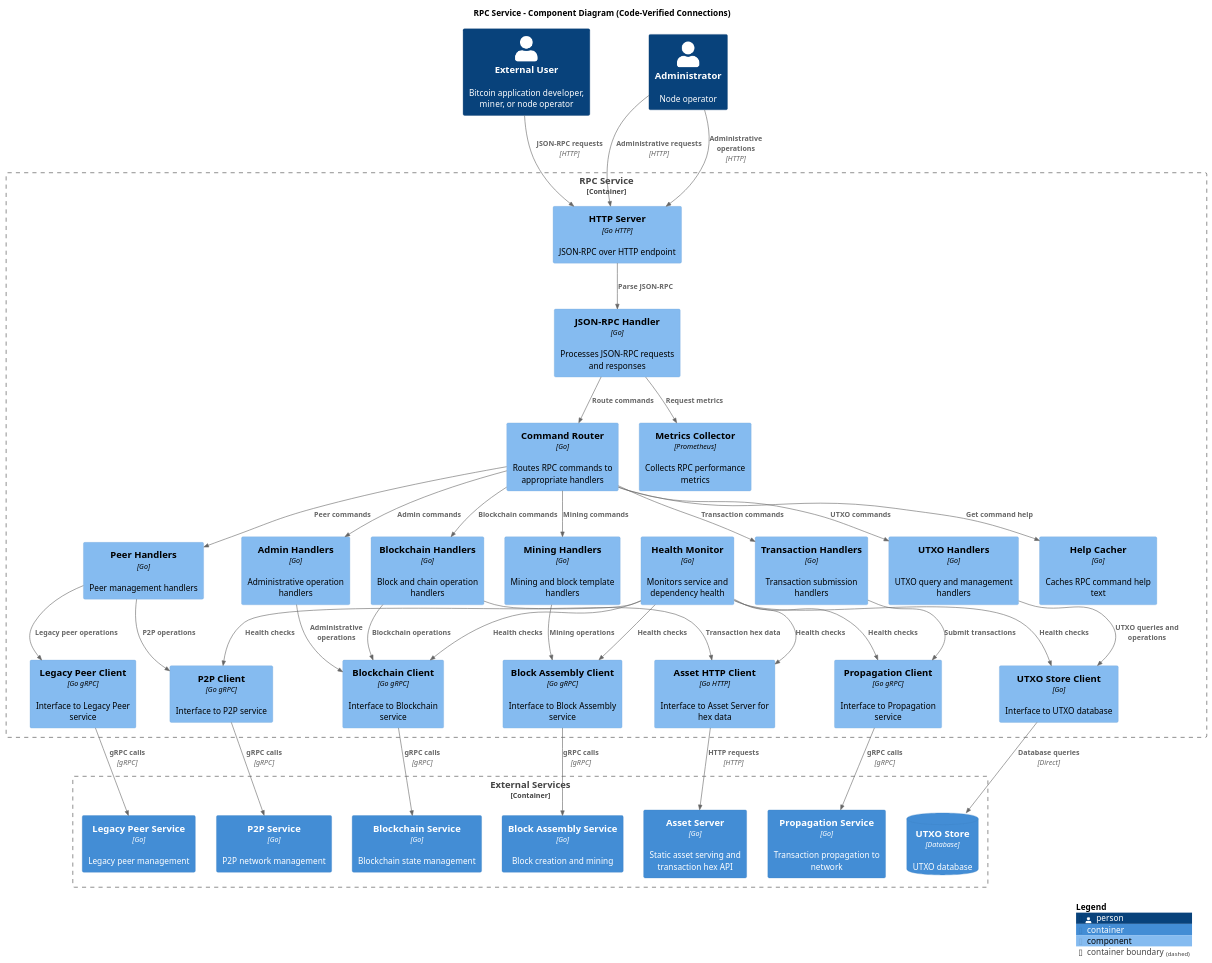
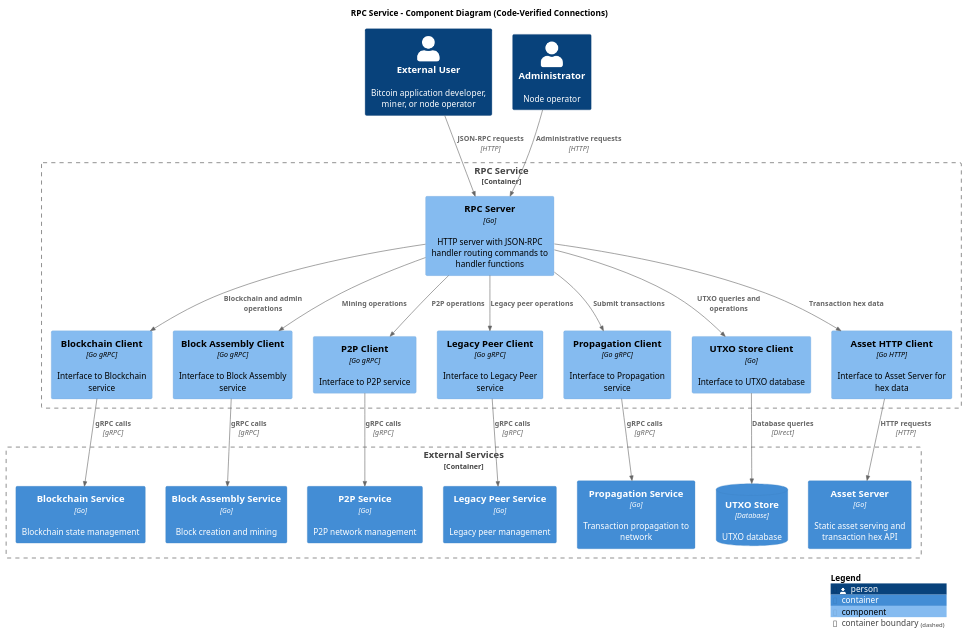
One commit to icellan/teranode changed the diagram in topics/services/img/plantuml/rpc/rpc_detailed_component.puml. Above: the diagram before and after it, drawn with PlantUML. The commit also changed 169 other files, not shown here.

```diff
--- a/topics/services/img/plantuml/rpc/rpc_detailed_component.puml
+++ b/topics/services/img/plantuml/rpc/rpc_detailed_component.puml
@@ -23,153 +23,90 @@
 @startuml RPC_Component
 
 !include https://raw.githubusercontent.com/plantuml-stdlib/C4-PlantUML/master/C4_Component.puml
 
 title RPC Service - Component Diagram (Code-Verified Connections)
 
 Container_Boundary(rpc_service, "RPC Service") {
 
-Component(http_server, "HTTP Server", "Go HTTP", "JSON-RPC over HTTP endpoint")
-
-Component(json_rpc_handler, "JSON-RPC Handler", "Go", "Processes JSON-RPC requests and responses")
-
-Component(command_router, "Command Router", "Go", "Routes RPC commands to appropriate handlers")
-
-Component(blockchain_handlers, "Blockchain Handlers", "Go", "Block and chain operation handlers")
-
-Component(mining_handlers, "Mining Handlers", "Go", "Mining and block template handlers")
-
-Component(peer_handlers, "Peer Handlers", "Go", "Peer management handlers")
-
-Component(utxo_handlers, "UTXO Handlers", "Go", "UTXO query and management handlers")
-
-Component(admin_handlers, "Admin Handlers", "Go", "Administrative operation handlers")
-
-Component(transaction_handlers, "Transaction Handlers", "Go", "Transaction submission handlers")
-
-Component(help_cacher, "Help Cacher", "Go", "Caches RPC command help text")
-
-Component(metrics_collector, "Metrics Collector", "Prometheus", "Collects RPC performance metrics")
-
-Component(health_monitor, "Health Monitor", "Go", "Monitors service and dependency health")
+Component(rpc_server, "RPC Server", "Go", "HTTP server with JSON-RPC handler routing commands to handler functions")
 
 Component(blockchain_client, "Blockchain Client", "Go gRPC", "Interface to Blockchain service")
 
 Component(block_assembly_client, "Block Assembly Client", "Go gRPC", "Interface to Block Assembly service")
 
 Component(p2p_client, "P2P Client", "Go gRPC", "Interface to P2P service")
 
 Component(legacy_peer_client, "Legacy Peer Client", "Go gRPC", "Interface to Legacy Peer service")
 
 Component(propagation_client, "Propagation Client", "Go gRPC", "Interface to Propagation service")
 
 Component(utxo_store_client, "UTXO Store Client", "Go", "Interface to UTXO database")
 
 Component(asset_http_client, "Asset HTTP Client", "Go HTTP", "Interface to Asset Server for hex data")
 
 }
 
 Container_Boundary(external_services, "External Services") {
 
 Container(blockchain, "Blockchain Service", "Go", "Blockchain state management")
 
 Container(block_assembly, "Block Assembly Service", "Go", "Block creation and mining")
 
 Container(p2p_service, "P2P Service", "Go", "P2P network management")
 
 Container(legacy_peer, "Legacy Peer Service", "Go", "Legacy peer management")
 
 Container(propagation, "Propagation Service", "Go", "Transaction propagation to network")
 
 Container(asset_server, "Asset Server", "Go", "Static asset serving and transaction hex API")
 
 ContainerDb(utxo_store, "UTXO Store", "Database", "UTXO database")
 
 }
 
 Person(external_user, "External User", "Bitcoin application developer, miner, or node operator")
 
 Person(admin, "Administrator", "Node operator")
 
 ' External API interactions
 
-Rel(external_user, http_server, "JSON-RPC requests", "HTTP")
+Rel(external_user, rpc_server, "JSON-RPC requests", "HTTP")
 
-Rel(admin, http_server, "Administrative requests", "HTTP")
+Rel(admin, rpc_server, "Administrative requests", "HTTP")
 
-' Request processing flow
+' RPC Server to service client interactions
 
-Rel(http_server, json_rpc_handler, "Parse JSON-RPC")
+Rel(rpc_server, blockchain_client, "Blockchain and admin operations")
 
-Rel(json_rpc_handler, command_router, "Route commands")
+Rel(rpc_server, block_assembly_client, "Mining operations")
 
-Rel(command_router, blockchain_handlers, "Blockchain commands")
+Rel(rpc_server, propagation_client, "Submit transactions")
 
-Rel(command_router, mining_handlers, "Mining commands")
+Rel(rpc_server, p2p_client, "P2P operations")
 
-Rel(command_router, peer_handlers, "Peer commands")
+Rel(rpc_server, legacy_peer_client, "Legacy peer operations")
 
-Rel(command_router, utxo_handlers, "UTXO commands")
+Rel(rpc_server, utxo_store_client, "UTXO queries and operations")
 
-Rel(command_router, admin_handlers, "Admin commands")
-
-Rel(command_router, transaction_handlers, "Transaction commands")
-
-' Handler to client interactions
-
-Rel(blockchain_handlers, blockchain_client, "Blockchain operations")
-
-Rel(mining_handlers, block_assembly_client, "Mining operations")
-
-Rel(transaction_handlers, propagation_client, "Submit transactions")
-
-Rel(peer_handlers, p2p_client, "P2P operations")
-
-Rel(peer_handlers, legacy_peer_client, "Legacy peer operations")
-
-Rel(utxo_handlers, utxo_store_client, "UTXO queries and operations")
-
-Rel(admin_handlers, blockchain_client, "Administrative operations")
-
-Rel(blockchain_handlers, asset_http_client, "Transaction hex data")
+Rel(rpc_server, asset_http_client, "Transaction hex data")
 
 ' Service client connections (CODE-VERIFIED)
 
 Rel(blockchain_client, blockchain, "gRPC calls", "gRPC")
 
 Rel(block_assembly_client, block_assembly, "gRPC calls", "gRPC")
 
 Rel(p2p_client, p2p_service, "gRPC calls", "gRPC")
 
 Rel(legacy_peer_client, legacy_peer, "gRPC calls", "gRPC")
 
 Rel(propagation_client, propagation, "gRPC calls", "gRPC")
 
 Rel(utxo_store_client, utxo_store, "Database queries", "Direct")
 
 Rel(asset_http_client, asset_server, "HTTP requests", "HTTP")
 
-' Support components
-
-Rel(command_router, help_cacher, "Get command help")
-
-Rel(json_rpc_handler, metrics_collector, "Request metrics")
-
-Rel(health_monitor, blockchain_client, "Health checks")
-
-Rel(health_monitor, block_assembly_client, "Health checks")
-
-Rel(health_monitor, p2p_client, "Health checks")
-
-Rel(health_monitor, utxo_store_client, "Health checks")
-
-Rel(health_monitor, propagation_client, "Health checks")
-
-Rel(health_monitor, asset_http_client, "Health checks")
-
-' Administrative access
-
-Rel(admin, http_server, "Administrative operations", "HTTP")
 
 SHOW_LEGEND()
 
 @enduml
```
